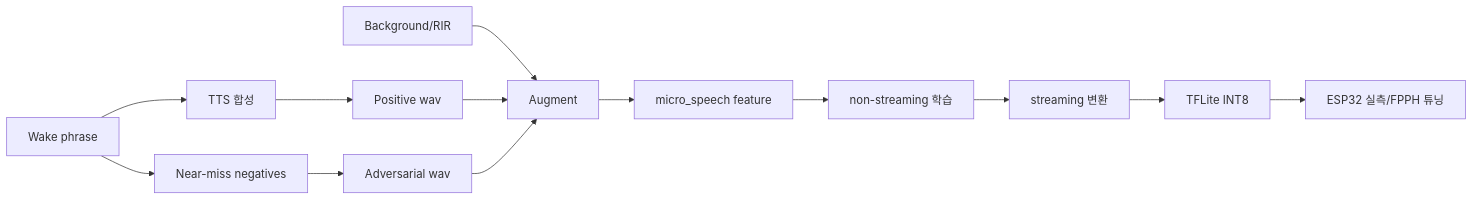
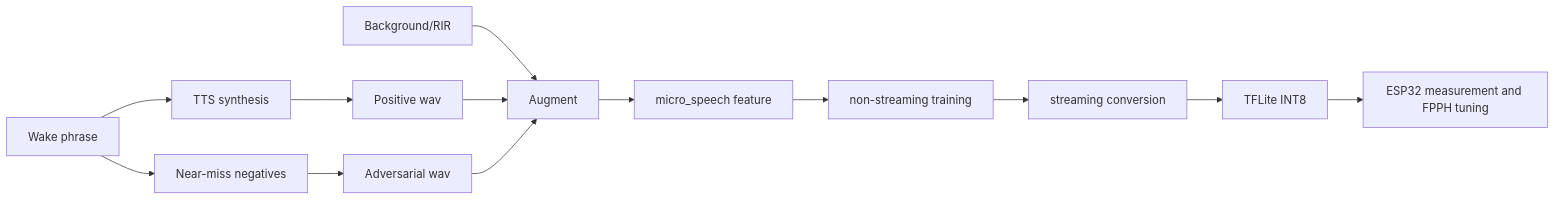
The diagram in docs/livekit-vs-microwakeword-esp32-report.md (UnripePlum/nubjuk-wakeword), drawn with Mermaid before and after one commit. The commit also changed other lines of this file and 9 other files, not shown here.

````diff
--- a/docs/livekit-vs-microwakeword-esp32-report.md
+++ b/docs/livekit-vs-microwakeword-esp32-report.md
@@ -60,15 +62,15 @@
 ```mermaid
 flowchart LR
-    A[Wake phrase] --> B[TTS 합성]
+    A[Wake phrase] --> B[TTS synthesis]
     A --> C[Near-miss negatives]
     B --> D[Positive wav]
     C --> E[Adversarial wav]
     F[Background/RIR] --> G[Augment]
     D --> G
     E --> G
     G --> H[micro_speech feature]
-    H --> I[non-streaming 학습]
-    I --> J[streaming 변환]
+    H --> I[non-streaming training]
+    I --> J[streaming conversion]
     J --> K[TFLite INT8]
-    K --> L[ESP32 실측/FPPH 튜닝]
+    K --> L[ESP32 measurement and FPPH tuning]
 ```
````
